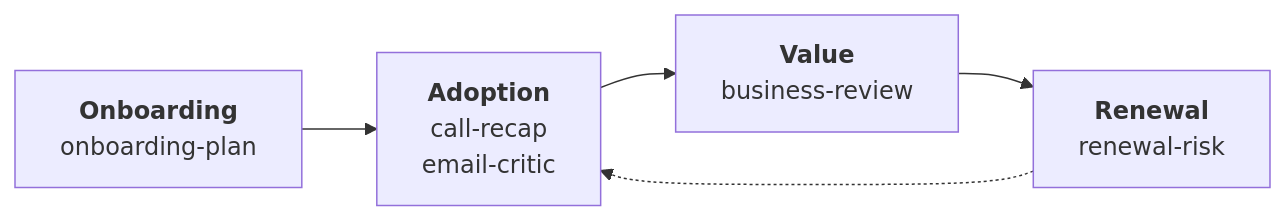
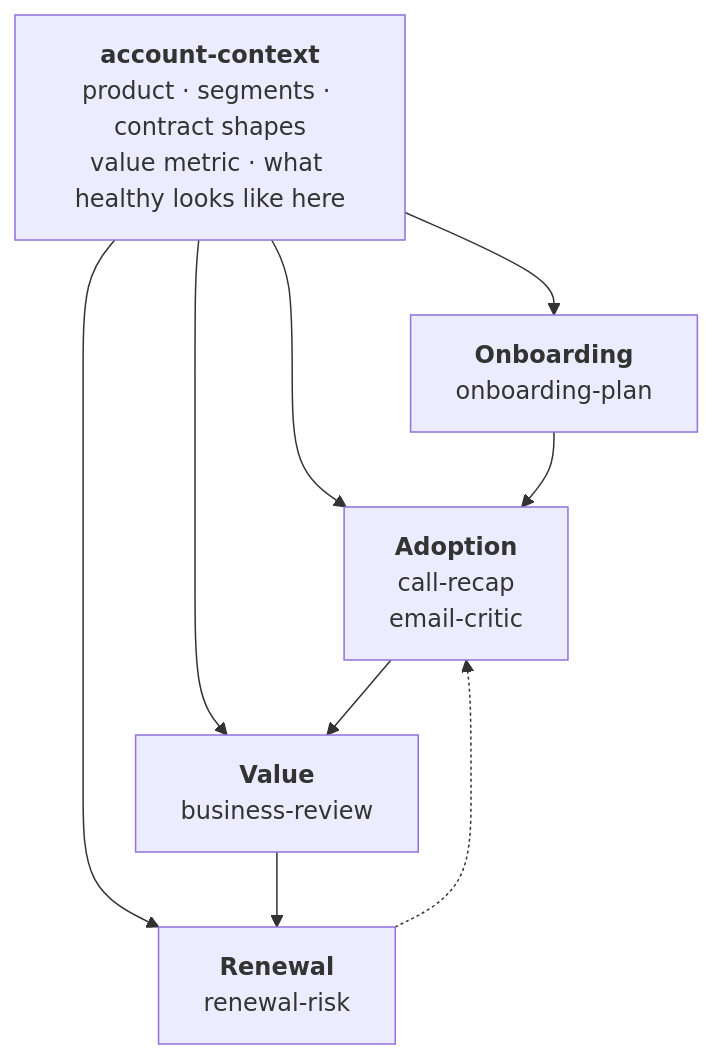
One commit to CSPulse/Skills changed the diagram in README.md. Above: the diagram before and after it, drawn with Mermaid. The commit also changed other lines of this file and 4 other files, not shown here.

````diff
--- a/README.md
+++ b/README.md
@@ -25,6 +29,10 @@
 ```mermaid
-flowchart LR
-    A["<b>Onboarding</b><br/>onboarding-plan"] --> B["<b>Adoption</b><br/>call-recap<br/>email-critic"]
-    B --> C["<b>Value</b><br/>business-review"] --> D["<b>Renewal</b><br/>renewal-risk"]
+flowchart TB
+    AC["<b>account-context</b><br/>product · segments · contract shapes<br/>value metric · what healthy looks like here"]
+    AC --> A["<b>Onboarding</b><br/>onboarding-plan"]
+    AC --> B["<b>Adoption</b><br/>call-recap<br/>email-critic"]
+    AC --> C["<b>Value</b><br/>business-review"]
+    AC --> D["<b>Renewal</b><br/>renewal-risk"]
+    A --> B --> C --> D
     D -.-> B
 ```
````
